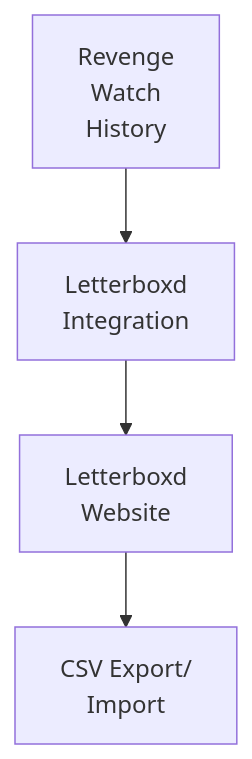
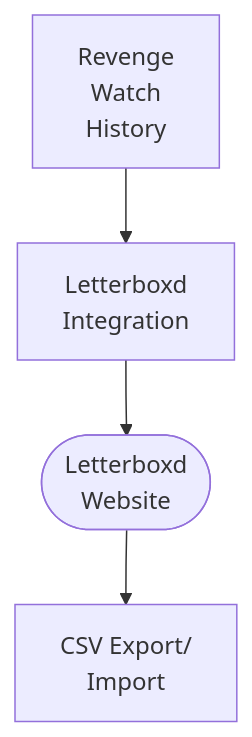
One commit to lusoris/revenge changed the diagram in docs/dev/design/integrations/scrobbling/LETTERBOXD.md. Above: the diagram before and after it, drawn with Mermaid. The commit also changed 208 other files, not shown here.

First line of the commit message:
feat(docs): Improve ASCII to Mermaid converter with proper box extraction

````diff
--- a/docs/dev/design/integrations/scrobbling/LETTERBOXD.md
+++ b/docs/dev/design/integrations/scrobbling/LETTERBOXD.md
@@ -57,10 +57,10 @@
 ```mermaid
 flowchart TD
     node1["Revenge<br/>Watch<br/>History"]
     node2["Letterboxd<br/>Integration"]
-    node3["Letterboxd<br/>Website"]
+    node3([Letterboxd<br/>Website])
     node4["CSV Export/<br/>Import"]
     node1 --> node2
     node2 --> node3
     node3 --> node4
 ```
````
